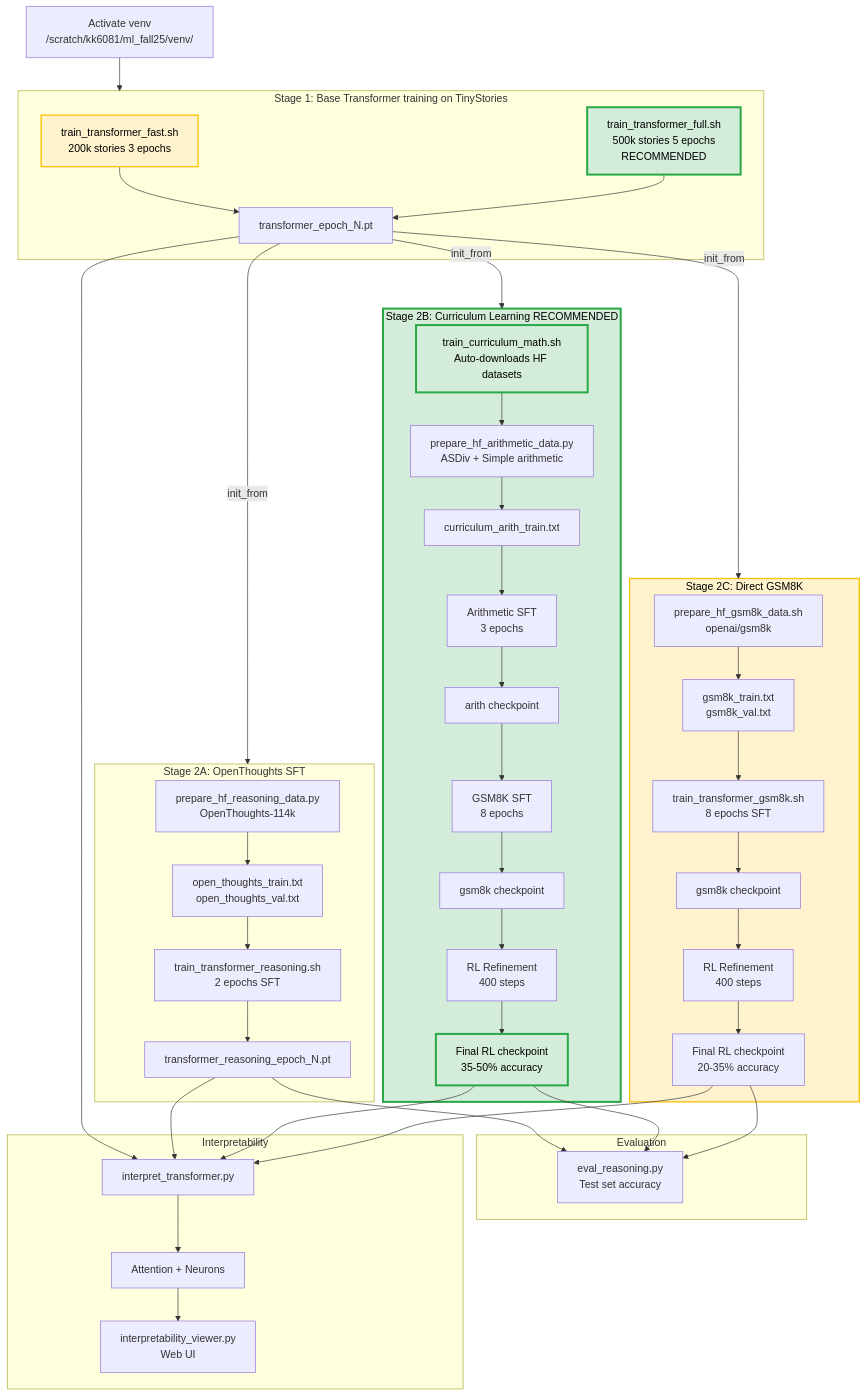
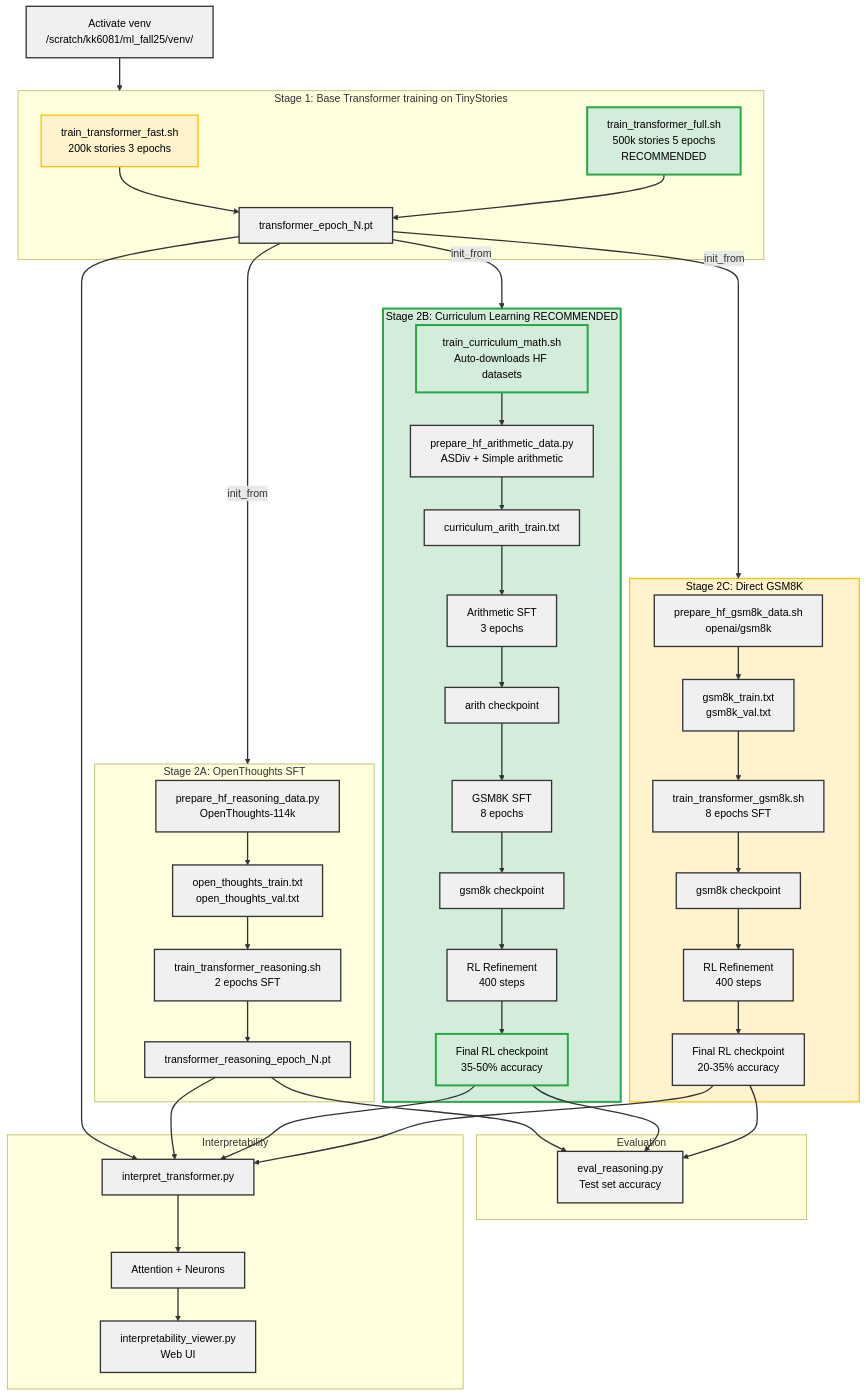
One commit to FruitPnchSamuraiG/pico-llm changed the diagram in README.md. Above: the diagram before and after it, drawn with Mermaid.

````diff
--- a/README.md
+++ b/README.md
@@ -10,66 +10,69 @@
 ```mermaid
 flowchart TD
   VENV[Activate venv<br/>/scratch/kk6081/ml_fall25/venv/] --> BASE
 
   subgraph BASE["Stage 1: Base Transformer training on TinyStories"]
     TFAST[train_transformer_fast.sh<br/>200k stories 3 epochs]
     TFULL[train_transformer_full.sh<br/>500k stories 5 epochs<br/>RECOMMENDED]
     TFAST --> CKPT1[transformer_epoch_N.pt]
     TFULL --> CKPT1
   end
 
   CKPT1 -->|init_from| OT
   CKPT1 -->|init_from| CURR
   CKPT1 -->|init_from| GSM
 
   subgraph OT["Stage 2A: OpenThoughts SFT"]
     OTDATA[prepare_hf_reasoning_data.py<br/>OpenThoughts-114k] --> OTFILES[open_thoughts_train.txt<br/>open_thoughts_val.txt]
     OTFILES --> OTSFT[train_transformer_reasoning.sh<br/>2 epochs SFT]
     OTSFT --> OTCKPT[transformer_reasoning_epoch_N.pt]
   end
 
   subgraph CURR["Stage 2B: Curriculum Learning RECOMMENDED"]
     CURRSTART[train_curriculum_math.sh<br/>Auto-downloads HF datasets]
     CURRSTART --> ARITHDATA[prepare_hf_arithmetic_data.py<br/>ASDiv + Simple arithmetic]
     ARITHDATA --> ARITHFILES[curriculum_arith_train.txt]
     ARITHFILES --> ARITHSFT[Arithmetic SFT<br/>3 epochs]
     ARITHSFT --> ARITHCKPT[arith checkpoint]
     ARITHCKPT --> CURRGSM[GSM8K SFT<br/>8 epochs]
     CURRGSM --> CURRGSMCKPT[gsm8k checkpoint]
     CURRGSMCKPT --> CURRRL[RL Refinement<br/>400 steps]
     CURRRL --> CURRCKPT[Final RL checkpoint<br/>35-50% accuracy]
   end
 
   subgraph GSM["Stage 2C: Direct GSM8K"]
     GSM_PREP[prepare_hf_gsm8k_data.sh<br/>openai/gsm8k] --> GSMFILES[gsm8k_train.txt<br/>gsm8k_val.txt]
     GSMFILES --> GSMSFT[train_transformer_gsm8k.sh<br/>8 epochs SFT]
     GSMSFT --> GSMCKPT[gsm8k checkpoint]
     GSMCKPT --> GSMRL[RL Refinement<br/>400 steps]
     GSMRL --> RLCKPT[Final RL checkpoint<br/>20-35% accuracy]
   end
 
   subgraph EVAL["Evaluation"]
     E1[eval_reasoning.py<br/>Test set accuracy]
   end
 
   OTCKPT --> E1
   CURRCKPT --> E1
   RLCKPT --> E1
 
   subgraph INTERP["Interpretability"]
     IT[interpret_transformer.py]
     IT --> IOUT[Attention + Neurons]
     IOUT --> VIEW[interpretability_viewer.py<br/>Web UI]
   end
 
   CKPT1 --> IT
   OTCKPT --> IT
   CURRCKPT --> IT
   RLCKPT --> IT
 
   classDef recommended fill:#d4edda,stroke:#28a745,stroke-width:3px,color:#000
   classDef warning fill:#fff3cd,stroke:#ffc107,stroke-width:2px,color:#000
+  classDef default fill:#f0f0f0,stroke:#333,stroke-width:2px,color:#000
   
   class CURR,TFULL,CURRSTART,CURRCKPT recommended
   class TFAST,GSM warning
+  
+  linkStyle default stroke:#333,stroke-width:2px
 ```
````
